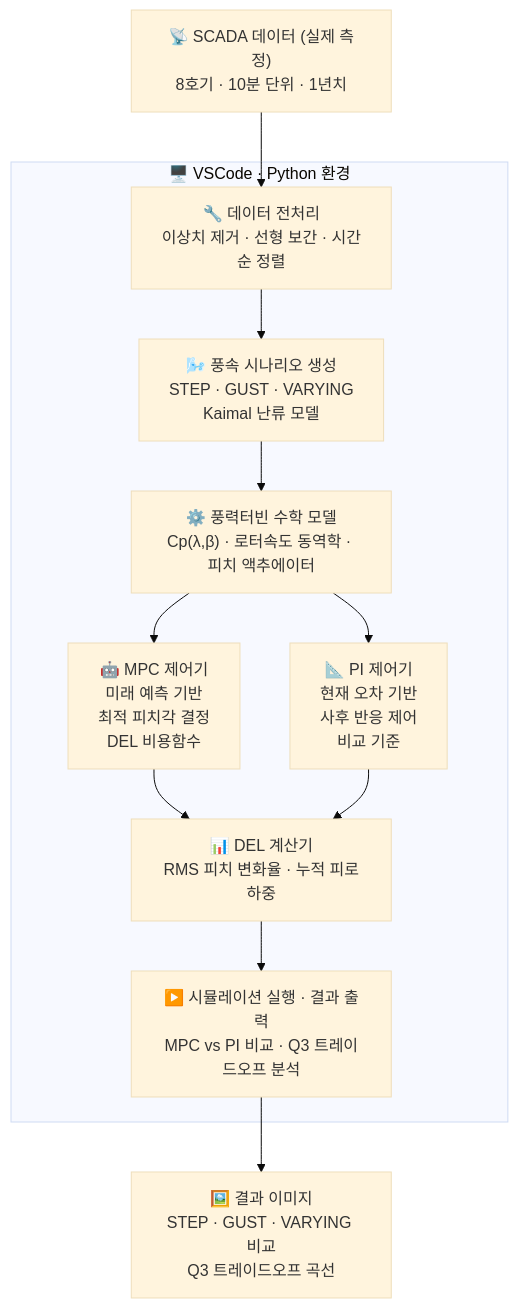
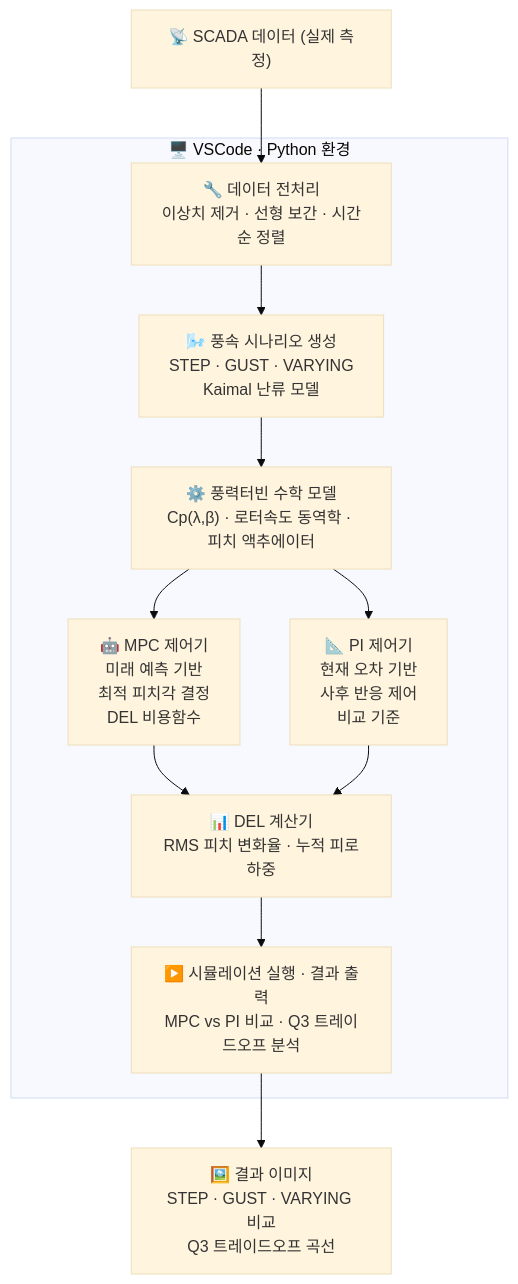
Before and after one commit to seyong628/Capstone-Design: the diagram in README.md, drawn with Mermaid (base theme). The commit also changed other lines of this file, not shown here.

````diff
--- a/README.md
+++ b/README.md
@@ -41,26 +41,26 @@
 ```mermaid
 flowchart TD
-    SCADA["📡 SCADA 데이터 (실제 측정)\n8호기 · 10분 단위 · 1년치"]
+    SCADA["📡 SCADA 데이터 (실제 측정)"]
 
     subgraph PY["🖥️ VSCode · Python 환경"]
         PRE["🔧 데이터 전처리\n이상치 제거 · 선형 보간 · 시간순 정렬"]
         WIND["🌬️ 풍속 시나리오 생성\nSTEP · GUST · VARYING\nKaimal 난류 모델"]
         TURB["⚙️ 풍력터빈 수학 모델\nCp(λ,β) · 로터속도 동역학 · 피치 액추에이터"]
         MPC["🤖 MPC 제어기\n미래 예측 기반\n최적 피치각 결정\nDEL 비용함수"]
         PI["📐 PI 제어기\n현재 오차 기반\n사후 반응 제어\n비교 기준"]
         DEL["📊 DEL 계산기\nRMS 피치 변화율 · 누적 피로하중"]
         MAIN["▶️ 시뮬레이션 실행 · 결과 출력\nMPC vs PI 비교 · Q3 트레이드오프 분석"]
     end
 
     RESULT["🖼️ 결과 이미지\nSTEP · GUST · VARYING 비교\nQ3 트레이드오프 곡선"]
 
     SCADA --> PRE
     PRE --> WIND
     WIND --> TURB
     TURB --> MPC
     TURB --> PI
     MPC --> DEL
     PI --> DEL
     DEL --> MAIN
     MAIN --> RESULT
 ```
````
